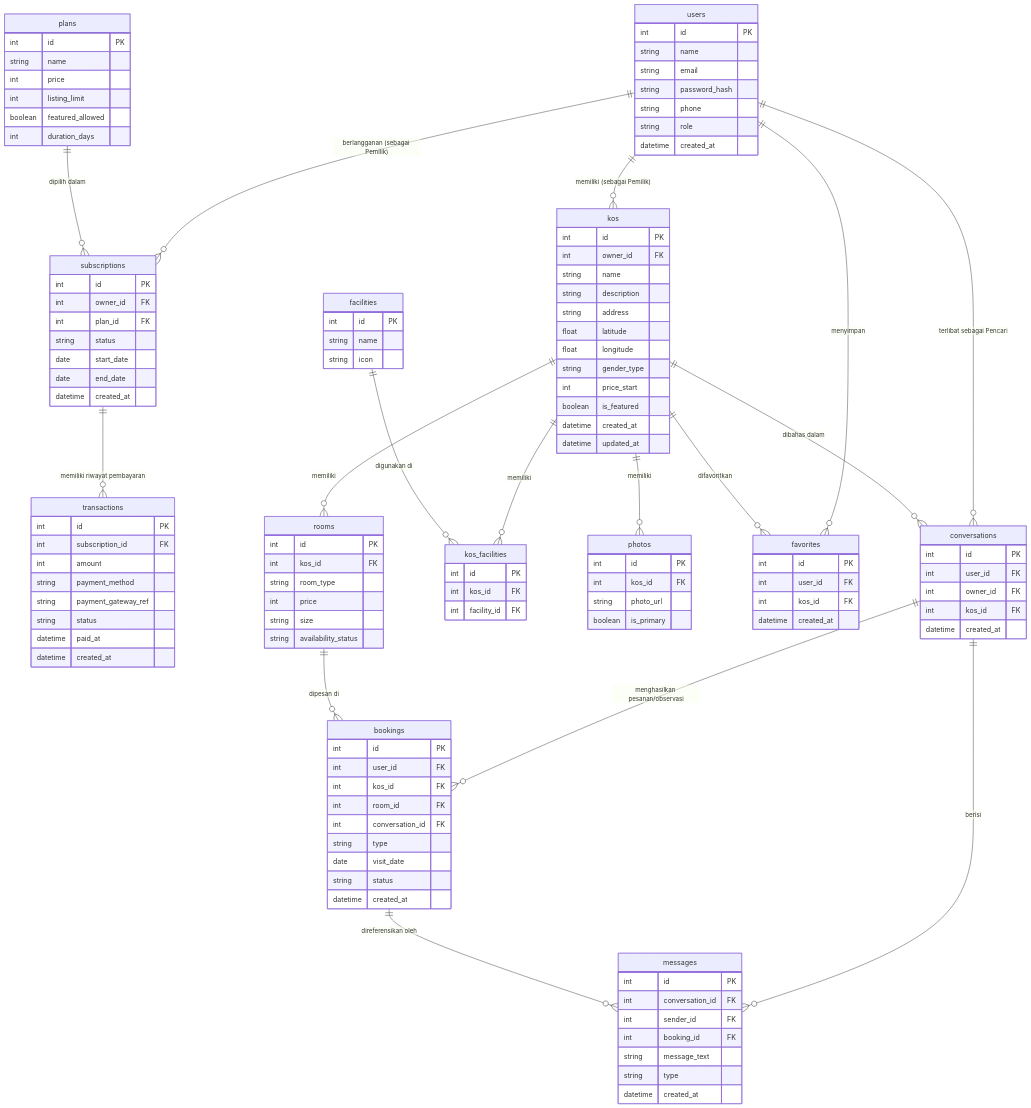
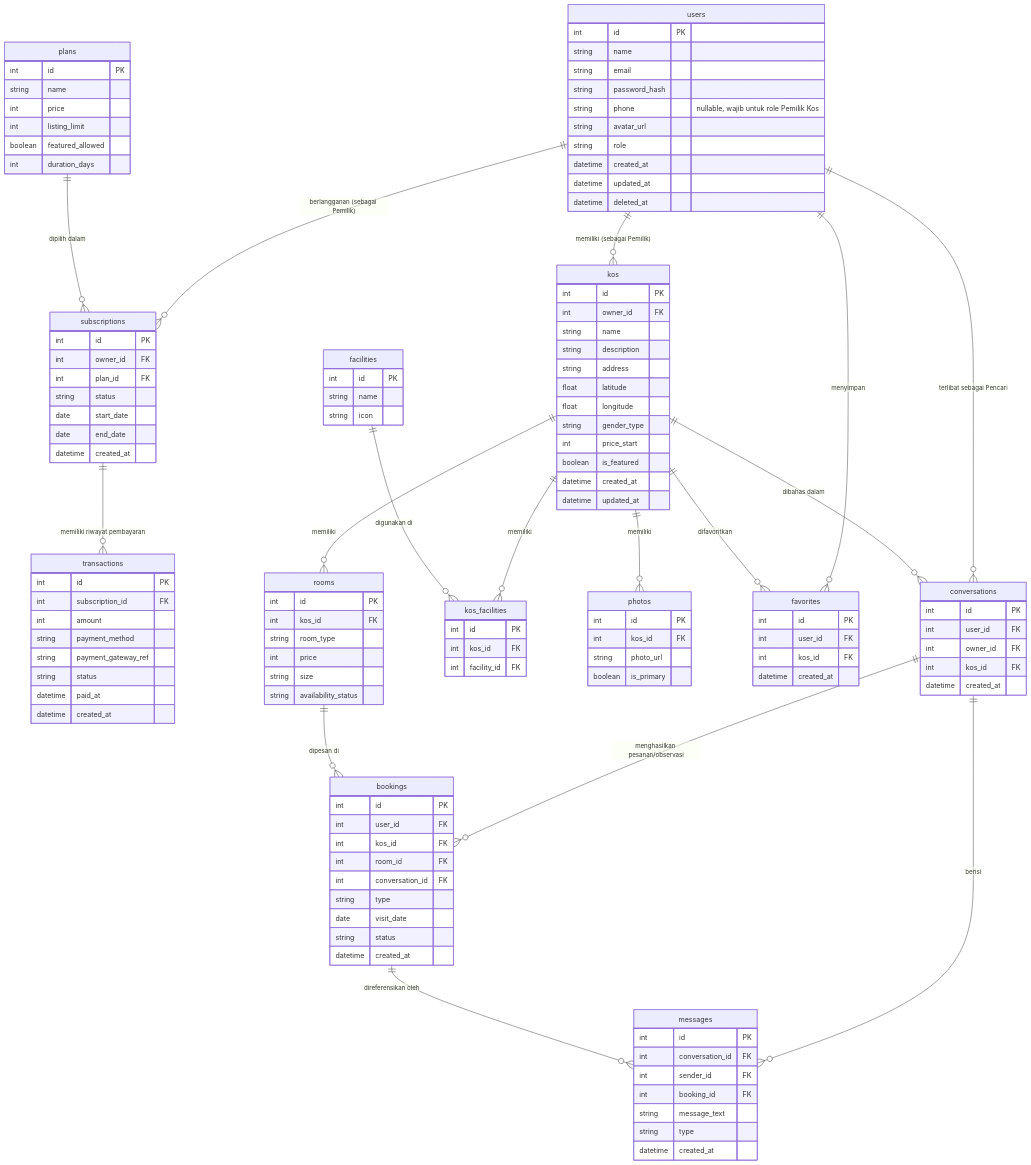
Before and after one commit to caturpamungkas123/kost-impian-mobile: the second of 2 diagrams in prd.md, drawn with Mermaid. The commit also changed other lines of this file and 52 other files, not shown here.

```diff
--- a/prd.md
+++ b/prd.md
@@ -136,9 +170,12 @@
         string name
         string email
         string password_hash
-        string phone
+        string phone "nullable, wajib untuk role Pemilik Kos"
+        string avatar_url
         string role
         datetime created_at
+        datetime updated_at
+        datetime deleted_at
     }
 
     plans {
```
